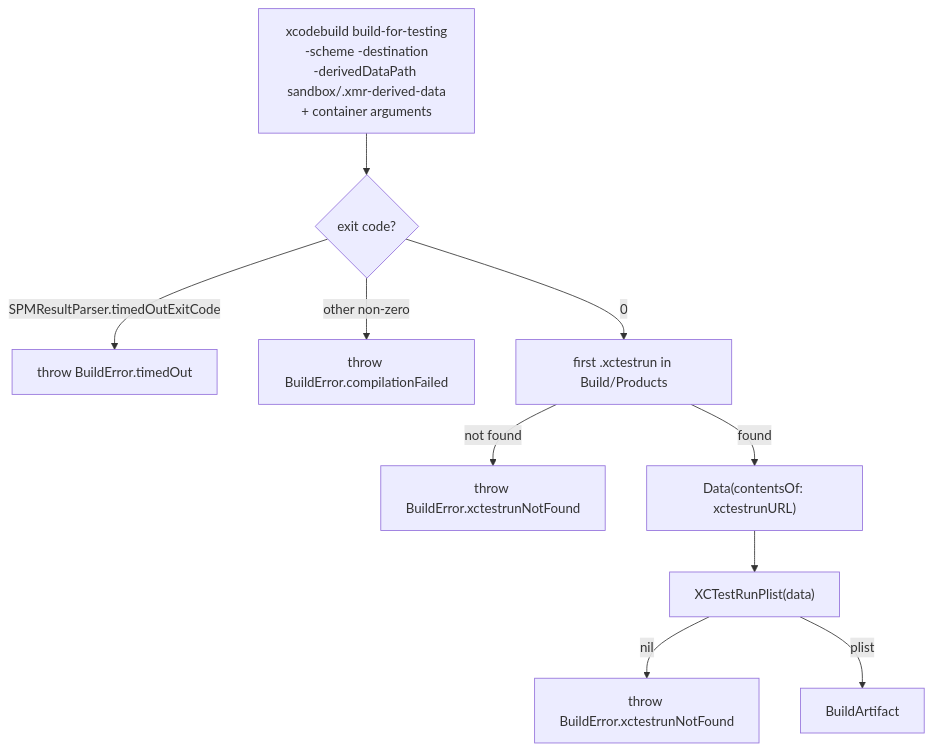
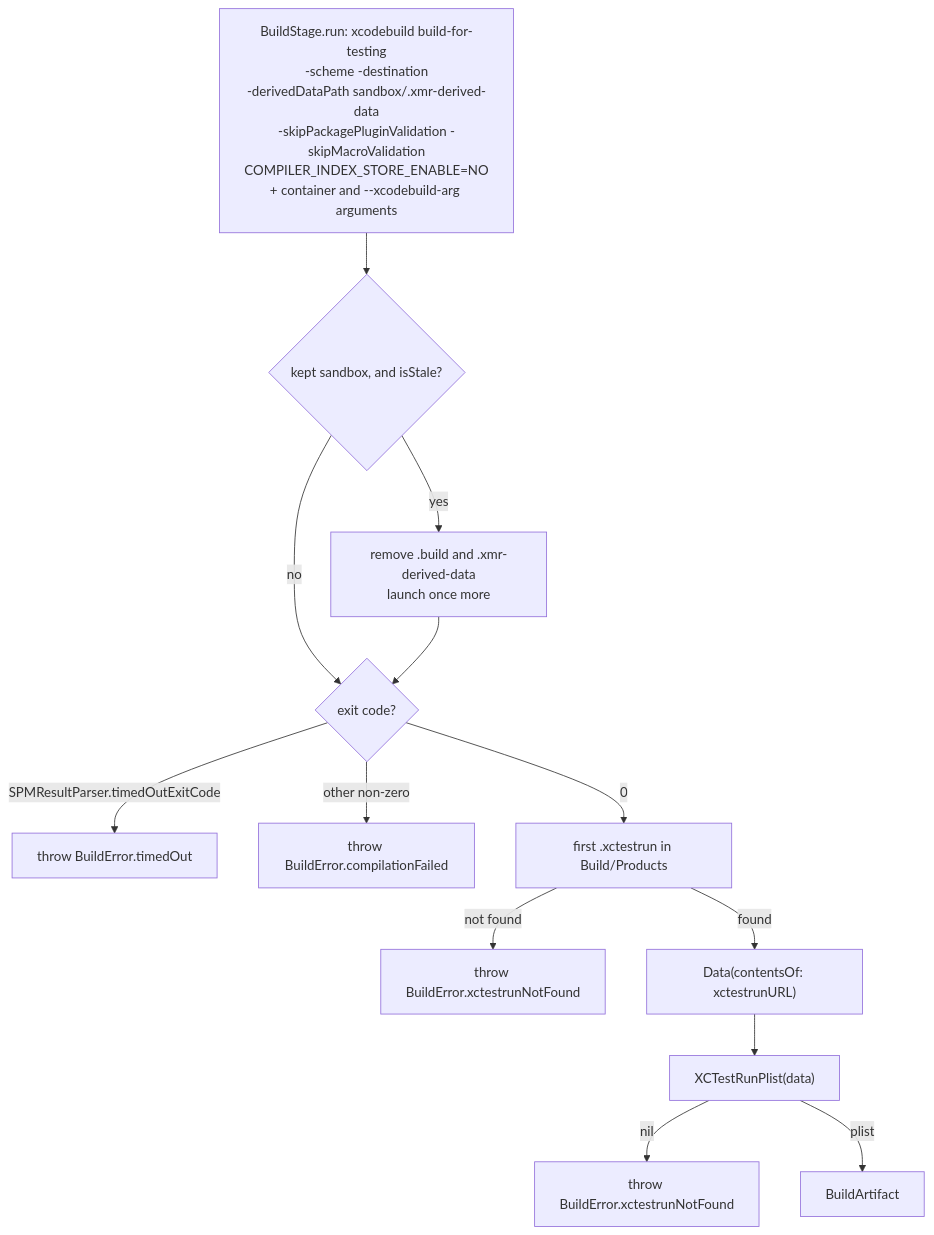
One commit to ericodx/swift-mutation-testing changed the second of 2 diagrams in Docs/CodeBase/06-sandbox-build.md. Above: the diagram before and after it, drawn with Mermaid. The commit also changed other lines of this file and 11 other files, not shown here.

Commit message:
docs: check the codebase reference against the code: signatures, the type index, the value-flow diagram and the coverage figures

````diff
--- a/Docs/CodeBase/06-sandbox-build.md
+++ b/Docs/CodeBase/06-sandbox-build.md
@@ -334,12 +334,15 @@
 ```mermaid
 flowchart TD
-    A["xcodebuild build-for-testing<br>-scheme -destination<br>-derivedDataPath sandbox/.xmr-derived-data<br>+ container arguments"] --> B{"exit code?"}
+    A["BuildStage.run: xcodebuild build-for-testing<br>-scheme -destination<br>-derivedDataPath sandbox/.xmr-derived-data<br>-skipPackagePluginValidation -skipMacroValidation<br>COMPILER_INDEX_STORE_ENABLE=NO<br>+ container and --xcodebuild-arg arguments"] --> S{"kept sandbox, and isStale?"}
+    S -- yes --> R["remove .build and .xmr-derived-data<br>launch once more"]
+    S -- no --> B{"exit code?"}
+    R --> B
     B -- "SPMResultParser.timedOutExitCode" --> TO["throw BuildError.timedOut"]
     B -- "other non-zero" --> FAIL["throw BuildError.compilationFailed"]
     B -- 0 --> C["first .xctestrun in Build/Products"]
     C -- "not found" --> NFE["throw BuildError.xctestrunNotFound"]
     C -- found --> D["Data(contentsOf: xctestrunURL)"]
     D --> E["XCTestRunPlist(data)"]
     E -- nil --> NFE2["throw BuildError.xctestrunNotFound"]
     E -- plist --> F["BuildArtifact"]
 ```
````
